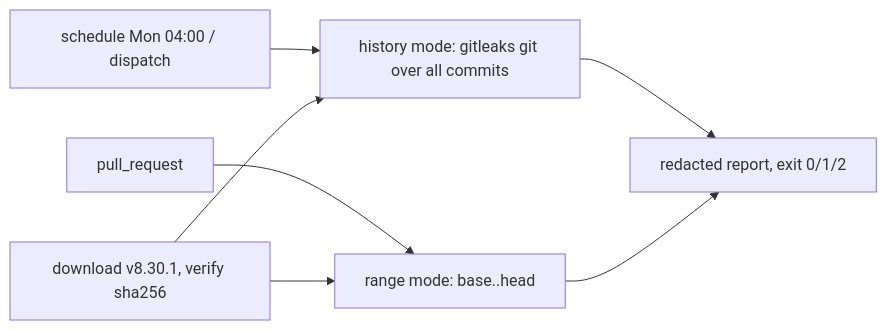
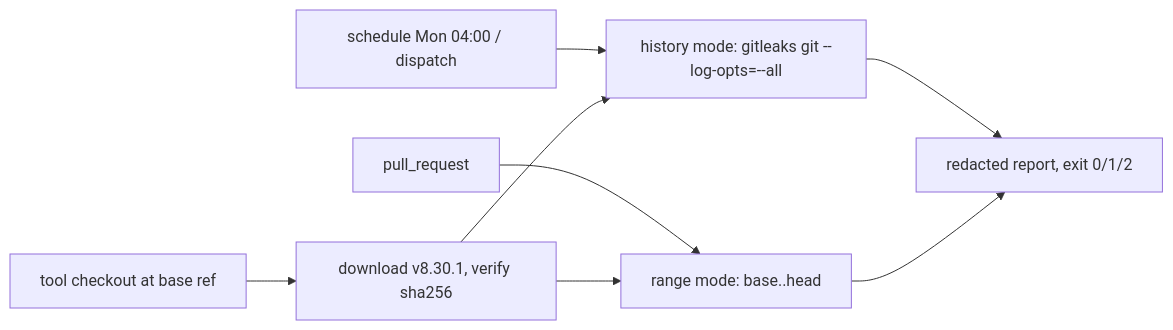
The diagram in docs/specs/2026-11-18_SP-SECRET-SCAN-IS-AN-ORACLE_pinned-gitleaks-over-the-full-history-with-redacted-output.md (repoachhq/repoach), drawn with Mermaid before and after one commit. The commit also changed other lines of this file and 4 other files, not shown here.

````diff
--- a/docs/specs/2026-11-18_SP-SECRET-SCAN-IS-AN-ORACLE_pinned-gitleaks-over-the-full-history-with-redacted-output.md
+++ b/docs/specs/2026-11-18_SP-SECRET-SCAN-IS-AN-ORACLE_pinned-gitleaks-over-the-full-history-with-redacted-output.md
@@ -172,9 +191,10 @@
 ```mermaid
 flowchart LR
-    S[schedule Mon 04:00 / dispatch] --> H[history mode: gitleaks git over all commits]
+    S[schedule Mon 04:00 / dispatch] --> H[history mode: gitleaks git --log-opts=--all]
     P[pull_request] --> R[range mode: base..head]
-    D[download v8.30.1, verify sha256] --> H
+    B[tool checkout at base ref] --> D[download v8.30.1, verify sha256]
+    D --> H
     D --> R
     H --> O[redacted report, exit 0/1/2]
     R --> O
 ```
````
